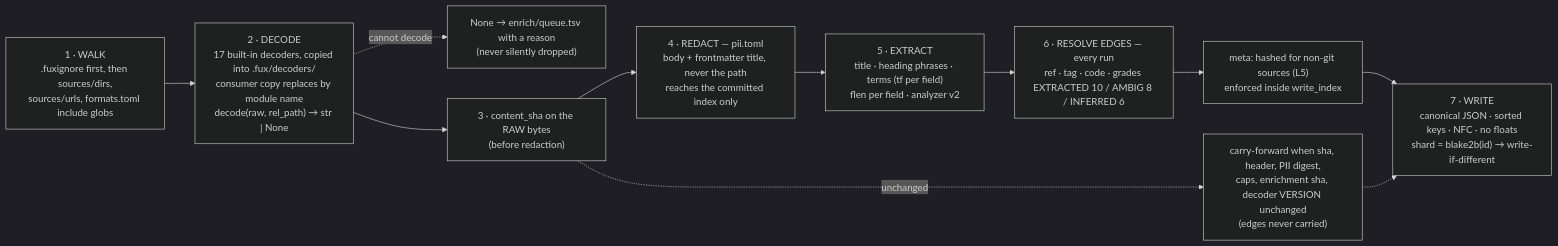
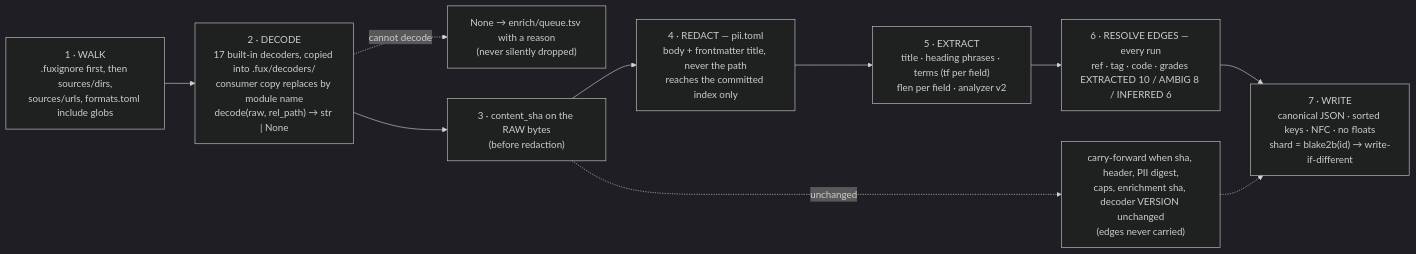
One commit to arpitarya/fux changed the fourth of 18 diagrams in docs/paper/the-fux-index-paper.md. Above: the diagram before and after it, drawn with Mermaid (dark theme). The commit also changed other lines of this file and 127 other files, not shown here.

````diff
--- a/docs/paper/the-fux-index-paper.md
+++ b/docs/paper/the-fux-index-paper.md
@@ -281,16 +283,15 @@
 ```mermaid
 flowchart LR
   W["1 · WALK<br/>.fuxignore first, then sources/dirs,<br/>sources/urls, formats.toml include globs"]
   D["2 · DECODE<br/>17 built-in decoders, copied into .fux/decoders/<br/>consumer copy replaces by module name<br/>decode(raw, rel_path) → str | None"]
   Q["None → enrich/queue.tsv with a reason<br/>(never silently dropped)"]
   H["3 · content_sha on the RAW bytes<br/>(before redaction)"]
   R["4 · REDACT — pii.toml<br/>body + frontmatter title, never the path<br/>reaches the committed index only"]
   X["5 · EXTRACT<br/>title · heading phrases · terms (tf per field)<br/>flen per field · analyzer v2"]
   E["6 · RESOLVE EDGES — every run<br/>ref · tag · code · grades EXTRACTED 10 / AMBIG 8 / INFERRED 6"]
-  M["meta: hashed for non-git sources (L5)<br/>enforced inside write_index"]
   O["7 · WRITE<br/>canonical JSON · sorted keys · NFC · no floats<br/>shard = blake2b(id) → write-if-different"]
   CF["carry-forward when sha, header, PII digest,<br/>caps, enrichment sha, decoder VERSION unchanged<br/>(edges never carried)"]
-  W --> D --> H --> R --> X --> E --> M --> O
+  W --> D --> H --> R --> X --> E --> O
   D -. "cannot decode" .-> Q
   H -. "unchanged" .-> CF -.-> O
 ```
````
